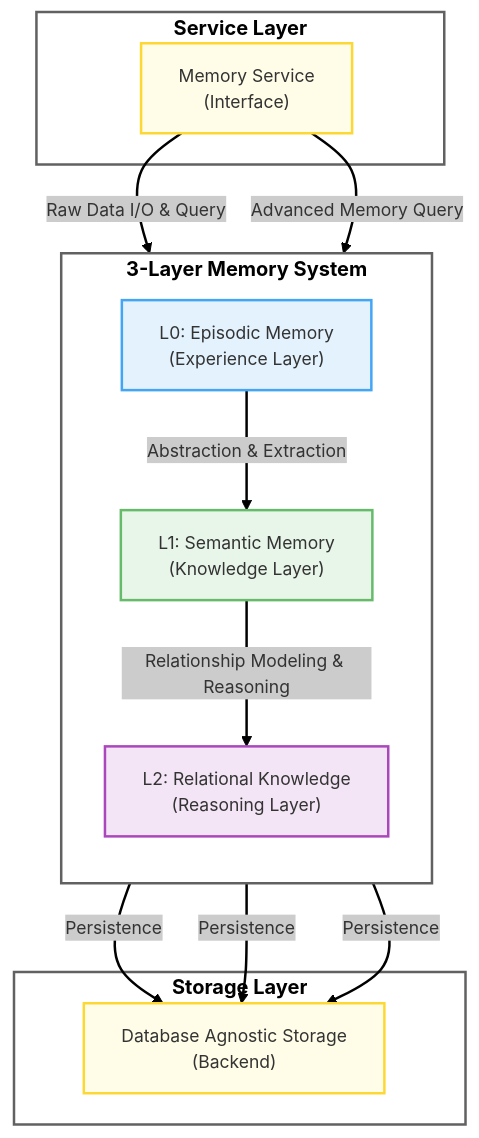
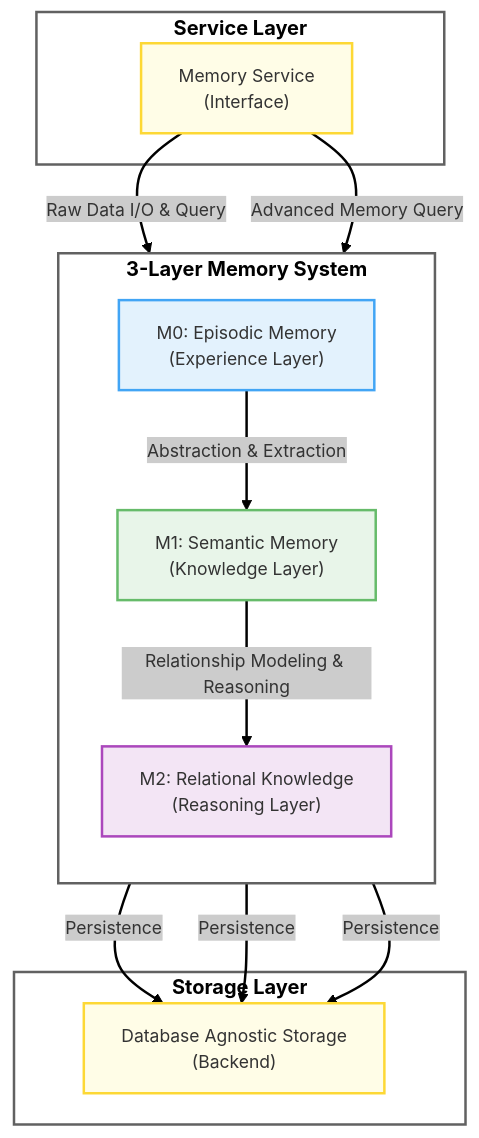
Before and after one commit to memfuse/memfuse: the fourth of 8 diagrams in docs/architecture/memory.md, drawn with Mermaid. The commit also changed other lines of this file and 24 other files, not shown here.

````diff
--- a/docs/architecture/memory.md
+++ b/docs/architecture/memory.md
@@ -1006,41 +1006,41 @@
 ```mermaid
 ---
 config:
   layout: dagre
   theme: neo
 ---
 flowchart TD
  subgraph service_sub["Service Layer"]
         MS["Memory Service<br>(Interface)"]
   end
  subgraph hierarchy_sub["3-Layer Memory System"]
     direction TB
-        L0["L0: Episodic Memory<br>(Experience Layer)"]
-        L1["L1: Semantic Memory<br>(Knowledge Layer)"]
-        L2["L2: Relational Knowledge<br>(Reasoning Layer)"]
+        M0["M0: Episodic Memory<br>(Experience Layer)"]
+        M1["M1: Semantic Memory<br>(Knowledge Layer)"]
+        M2["M2: Relational Knowledge<br>(Reasoning Layer)"]
   end
  subgraph storage_sub["Storage Layer"]
         SL["Database Agnostic Storage<br>(Backend)"]
   end
-    L0 -- "Abstraction & Extraction" --> L1
-    L1 -- "Relationship Modeling & Reasoning" --> L2
-    MS -- "Raw Data I/O & Query" --> L0
-    L0 -- "Persistence" --> SL
-    L1 -- "Persistence" --> SL
-    L2 -- "Persistence" --> SL
-    MS -- "Advanced Memory Query" --> L2
+    M0 -- "Abstraction & Extraction" --> M1
+    M1 -- "Relationship Modeling & Reasoning" --> M2
+    MS -- "Raw Data I/O & Query" --> M0
+    M0 -- "Persistence" --> SL
+    M1 -- "Persistence" --> SL
+    M2 -- "Persistence" --> SL
+    MS -- "Advanced Memory Query" --> M2
      MS:::service_style
-     L0:::l0_style
-     L1:::l1_style
-     L2:::l2_style
+     M0:::m0_style
+     M1:::m1_style
+     M2:::m2_style
      SL:::service_style
      service_sub:::header_style
      hierarchy_sub:::header_style
      storage_sub:::header_style
     classDef default fill:#fff,stroke:#333,stroke-width:2px,font-size:14px,white-space:nowrap
     classDef header_style stroke:#616161,stroke-width:2px,color:black,font-weight:bold,font-size:16px,white-space:nowrap
-    classDef l0_style fill:#E3F2FD,stroke:#42A5F5
-    classDef l1_style fill:#E8F5E9,stroke:#66BB6A
-    classDef l2_style fill:#F3E5F5,stroke:#AB47BC
+    classDef m0_style fill:#E3F2FD,stroke:#42A5F5
+    classDef m1_style fill:#E8F5E9,stroke:#66BB6A
+    classDef m2_style fill:#F3E5F5,stroke:#AB47BC
     classDef service_style fill:#FFFDE7,stroke:#FDD835
 ```
````
